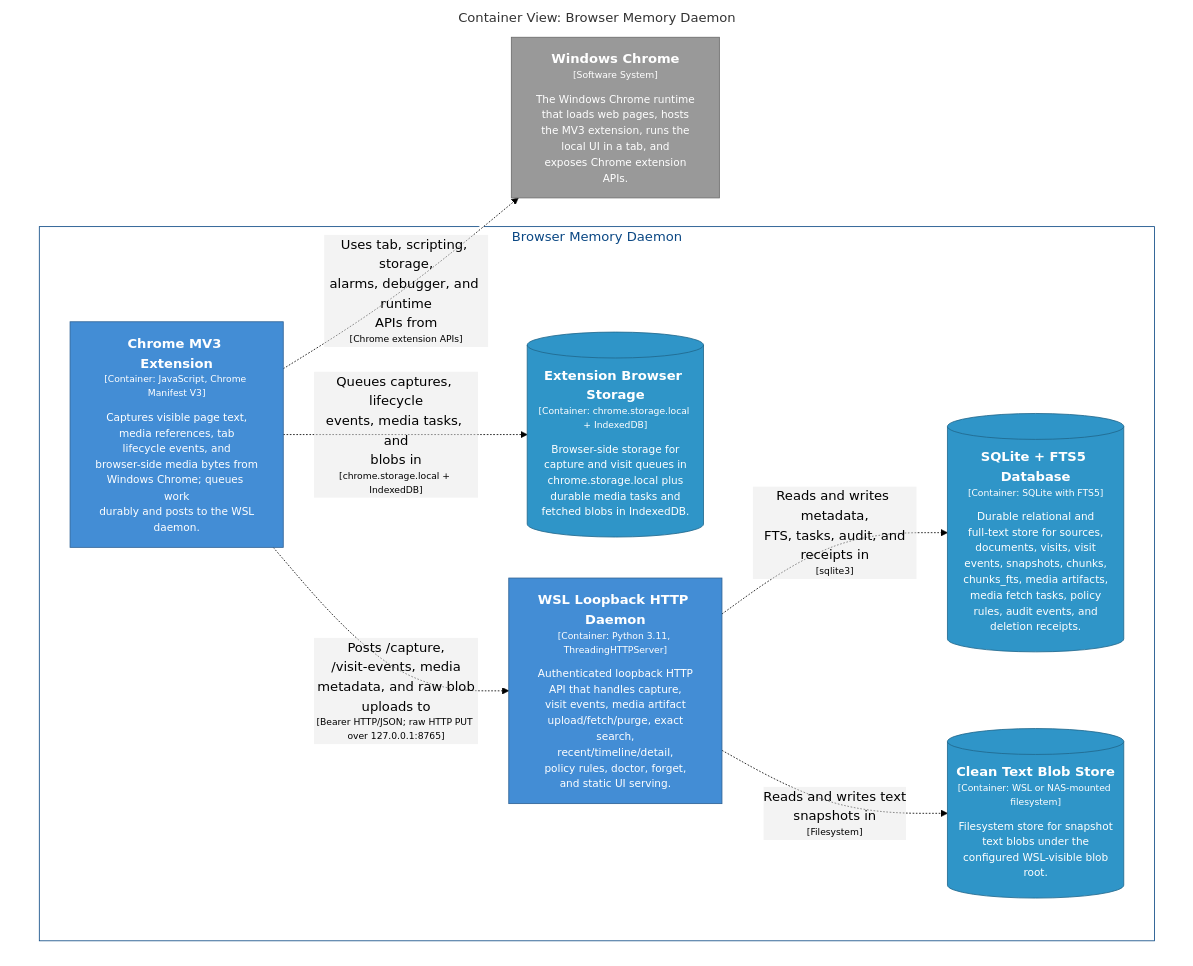
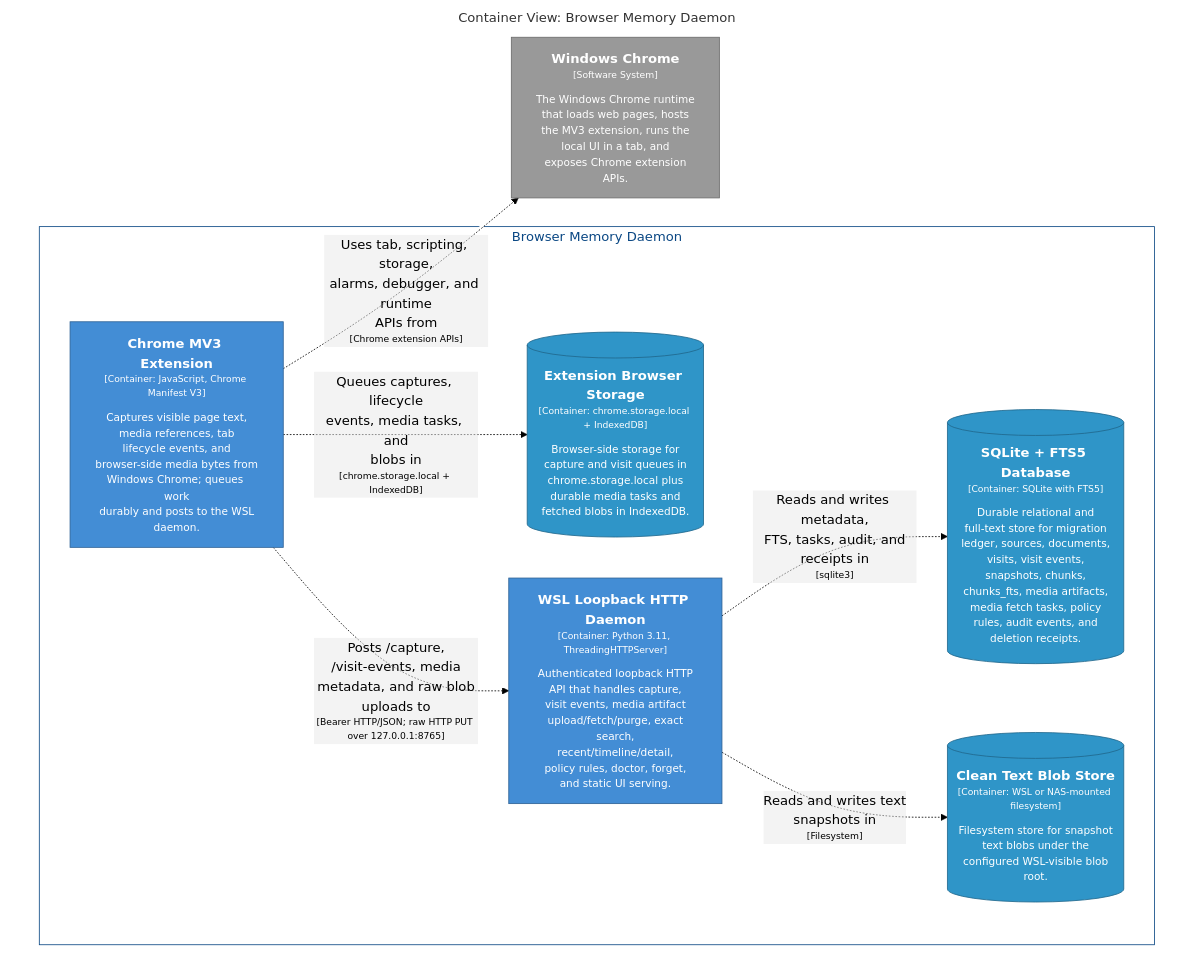
The diagram in docs/architecture/diagrams/markdown/CaptureContainers.md (michaelnicks0/browser-memory-daemon), drawn with Mermaid (forest theme) before and after one commit. The commit also changed 180 other files, not shown here.

Commit message:
feat(db): add versioned migration ledger and compatibility checks

````diff
--- a/docs/architecture/diagrams/markdown/CaptureContainers.md
+++ b/docs/architecture/diagrams/markdown/CaptureContainers.md
@@ -16,33 +16,33 @@
 ```mermaid
 graph TB
   linkStyle default fill:#ffffff
 
   subgraph diagram ["Container View: Browser Memory Daemon"]
     style diagram fill:#ffffff,stroke:#ffffff
 
     2["<div style='font-weight: bold'>Windows Chrome</div><div style='font-size: 70%; margin-top: 0px'>[Software System]</div><div style='font-size: 80%; margin-top:10px'>The Windows Chrome runtime<br />that loads web pages, hosts<br />the MV3 extension, runs the<br />local UI in a tab, and<br />exposes Chrome extension<br />APIs.</div>"]
     style 2 fill:#999999,stroke:#6b6b6b,color:#ffffff
 
     subgraph 4 ["Browser Memory Daemon"]
       style 4 fill:#ffffff,stroke:#0b4884,color:#0b4884
 
       13[("<div style='font-weight: bold'>Extension Browser Storage</div><div style='font-size: 70%; margin-top: 0px'>[Container: chrome.storage.local + IndexedDB]</div><div style='font-size: 80%; margin-top:10px'>Browser-side storage for<br />capture and visit queues in<br />chrome.storage.local plus<br />durable media tasks and<br />fetched blobs in IndexedDB.</div>")]
       style 13 fill:#2f95c8,stroke:#20688c,color:#ffffff
       14["<div style='font-weight: bold'>WSL Loopback HTTP Daemon</div><div style='font-size: 70%; margin-top: 0px'>[Container: Python 3.11, ThreadingHTTPServer]</div><div style='font-size: 80%; margin-top:10px'>Authenticated loopback HTTP<br />API that handles capture,<br />visit events, media artifact<br />upload/fetch/purge, exact<br />search,<br />recent/timeline/detail,<br />policy rules, doctor, forget,<br />and static UI serving.</div>"]
       style 14 fill:#438dd5,stroke:#2e6295,color:#ffffff
-      27[("<div style='font-weight: bold'>SQLite + FTS5 Database</div><div style='font-size: 70%; margin-top: 0px'>[Container: SQLite with FTS5]</div><div style='font-size: 80%; margin-top:10px'>Durable relational and<br />full-text store for sources,<br />documents, visits, visit<br />events, snapshots, chunks,<br />chunks_fts, media artifacts,<br />media fetch tasks, policy<br />rules, audit events, and<br />deletion receipts.</div>")]
-      style 27 fill:#2f95c8,stroke:#20688c,color:#ffffff
-      28[("<div style='font-weight: bold'>Clean Text Blob Store</div><div style='font-size: 70%; margin-top: 0px'>[Container: WSL or NAS-mounted filesystem]</div><div style='font-size: 80%; margin-top:10px'>Filesystem store for snapshot<br />text blobs under the<br />configured WSL-visible blob<br />root.</div>")]
+      28[("<div style='font-weight: bold'>SQLite + FTS5 Database</div><div style='font-size: 70%; margin-top: 0px'>[Container: SQLite with FTS5]</div><div style='font-size: 80%; margin-top:10px'>Durable relational and<br />full-text store for migration<br />ledger, sources, documents,<br />visits, visit events,<br />snapshots, chunks,<br />chunks_fts, media artifacts,<br />media fetch tasks, policy<br />rules, audit events, and<br />deletion receipts.</div>")]
       style 28 fill:#2f95c8,stroke:#20688c,color:#ffffff
+      29[("<div style='font-weight: bold'>Clean Text Blob Store</div><div style='font-size: 70%; margin-top: 0px'>[Container: WSL or NAS-mounted filesystem]</div><div style='font-size: 80%; margin-top:10px'>Filesystem store for snapshot<br />text blobs under the<br />configured WSL-visible blob<br />root.</div>")]
+      style 29 fill:#2f95c8,stroke:#20688c,color:#ffffff
       5["<div style='font-weight: bold'>Chrome MV3 Extension</div><div style='font-size: 70%; margin-top: 0px'>[Container: JavaScript, Chrome Manifest V3]</div><div style='font-size: 80%; margin-top:10px'>Captures visible page text,<br />media references, tab<br />lifecycle events, and<br />browser-side media bytes from<br />Windows Chrome; queues work<br />durably and posts to the WSL<br />daemon.</div>"]
       style 5 fill:#438dd5,stroke:#2e6295,color:#ffffff
     end
 
     5-. "<div>Uses tab, scripting, storage,<br />alarms, debugger, and runtime<br />APIs from</div><div style='font-size: 70%'>[Chrome extension APIs]</div>" .->2
     5-. "<div>Queues captures, lifecycle<br />events, media tasks, and<br />blobs in</div><div style='font-size: 70%'>[chrome.storage.local + IndexedDB]</div>" .->13
     5-. "<div>Posts /capture,<br />/visit-events, media<br />metadata, and raw blob<br />uploads to</div><div style='font-size: 70%'>[Bearer HTTP/JSON; raw HTTP PUT over 127.0.0.1:8765]</div>" .->14
-    14-. "<div>Reads and writes metadata,<br />FTS, tasks, audit, and<br />receipts in</div><div style='font-size: 70%'>[sqlite3]</div>" .->27
-    14-. "<div>Reads and writes text<br />snapshots in</div><div style='font-size: 70%'>[Filesystem]</div>" .->28
+    14-. "<div>Reads and writes metadata,<br />FTS, tasks, audit, and<br />receipts in</div><div style='font-size: 70%'>[sqlite3]</div>" .->28
+    14-. "<div>Reads and writes text<br />snapshots in</div><div style='font-size: 70%'>[Filesystem]</div>" .->29
 
   end
 ```
````
